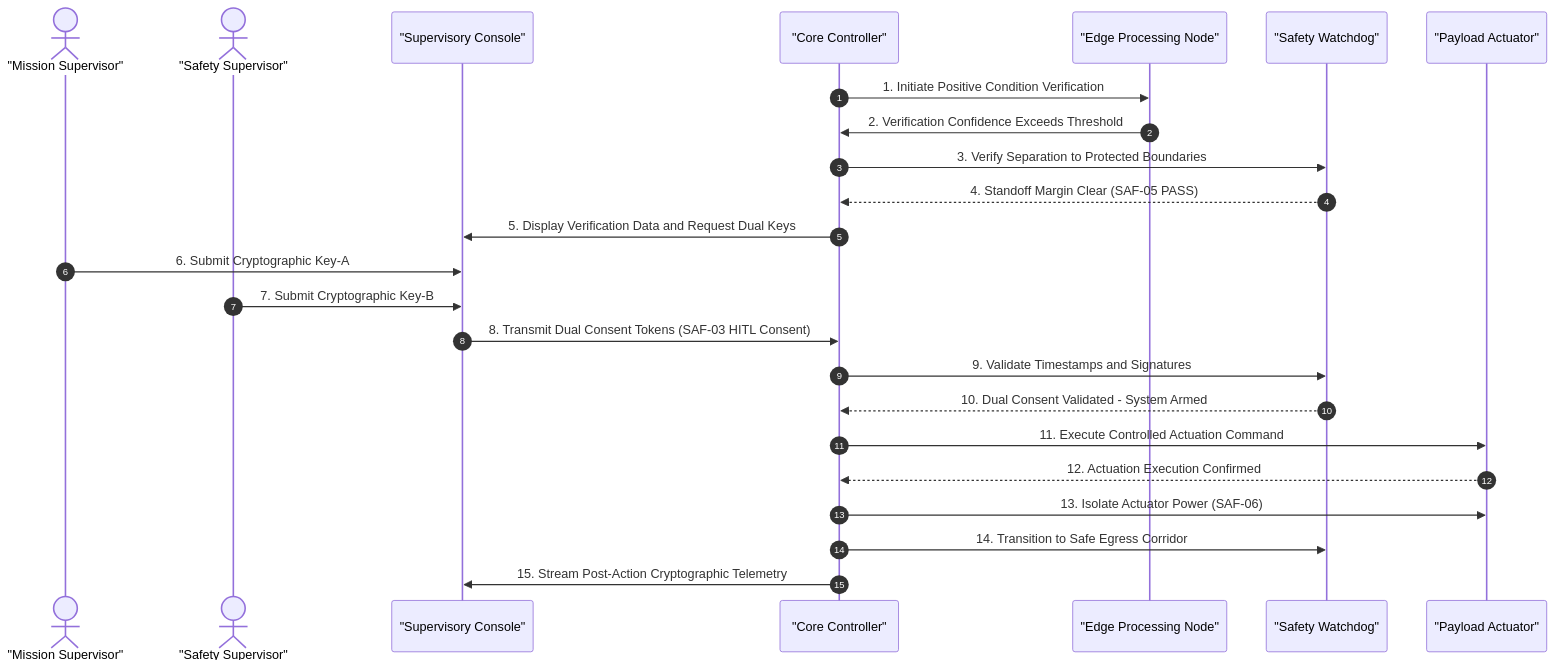
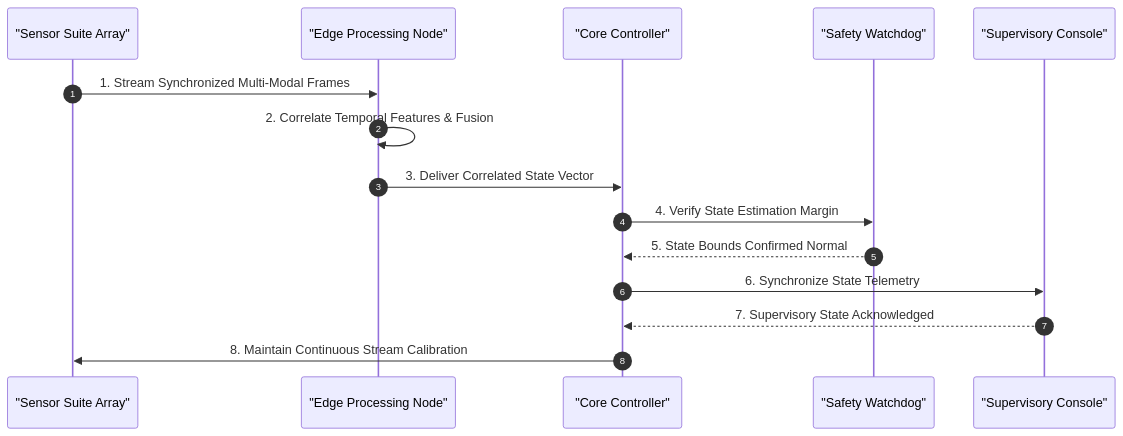
One commit to gintatkinson/DEAP01-spec-core changed the fifth of 6 diagrams in skills/spec-conops-engineering/resources/units/conops/09_SCENARIOS_AND_TIMELINES.md. Above: the diagram before and after it, drawn with Mermaid. The commit also changed other lines of this file and 129 other files, not shown here.

````diff
--- a/skills/spec-conops-engineering/resources/units/conops/09_SCENARIOS_AND_TIMELINES.md
+++ b/skills/spec-conops-engineering/resources/units/conops/09_SCENARIOS_AND_TIMELINES.md
@@ -183,27 +179,18 @@
 ```mermaid
 sequenceDiagram
     autonumber
-    actor MissionSup as "Mission Supervisor"
-    actor SafetySup as "Safety Supervisor"
+    participant Sensors as "Sensor Suite Array"
+    participant EdgeNode as "Edge Processing Node"
+    participant Controller as "Core Controller"
+    participant Watchdog as "Safety Watchdog"
     participant Console as "Supervisory Console"
-    participant Controller as "Core Controller"
-    participant EdgeNode as "Edge Processing Node"
-    participant Watchdog as "Safety Watchdog"
-    participant Actuator as "Payload Actuator"
 
-    Controller ->> EdgeNode: 1. Initiate Positive Condition Verification
-    EdgeNode ->> Controller: 2. Verification Confidence Exceeds Threshold
-    Controller ->> Watchdog: 3. Verify Separation to Protected Boundaries
-    Watchdog -->> Controller: 4. Standoff Margin Clear (SAF-05 PASS)
-    Controller ->> Console: 5. Display Verification Data and Request Dual Keys
-    MissionSup ->> Console: 6. Submit Cryptographic Key-A
-    SafetySup ->> Console: 7. Submit Cryptographic Key-B
-    Console ->> Controller: 8. Transmit Dual Consent Tokens (SAF-03 HITL Consent)
-    Controller ->> Watchdog: 9. Validate Timestamps and Signatures
-    Watchdog -->> Controller: 10. Dual Consent Validated - System Armed
-    Controller ->> Actuator: 11. Execute Controlled Actuation Command
-    Actuator -->> Controller: 12. Actuation Execution Confirmed
-    Controller ->> Actuator: 13. Isolate Actuator Power (SAF-06)
-    Controller ->> Watchdog: 14. Transition to Safe Egress Corridor
-    Controller ->> Console: 15. Stream Post-Action Cryptographic Telemetry
+    Sensors ->> EdgeNode: 1. Stream Synchronized Multi-Modal Frames
+    EdgeNode ->> EdgeNode: 2. Correlate Temporal Features & Fusion
+    EdgeNode ->> Controller: 3. Deliver Correlated State Vector
+    Controller ->> Watchdog: 4. Verify State Estimation Margin
+    Watchdog -->> Controller: 5. State Bounds Confirmed Normal
+    Controller ->> Console: 6. Synchronize State Telemetry
+    Console -->> Controller: 7. Supervisory State Acknowledged
+    Controller ->> Sensors: 8. Maintain Continuous Stream Calibration
 ```
````
